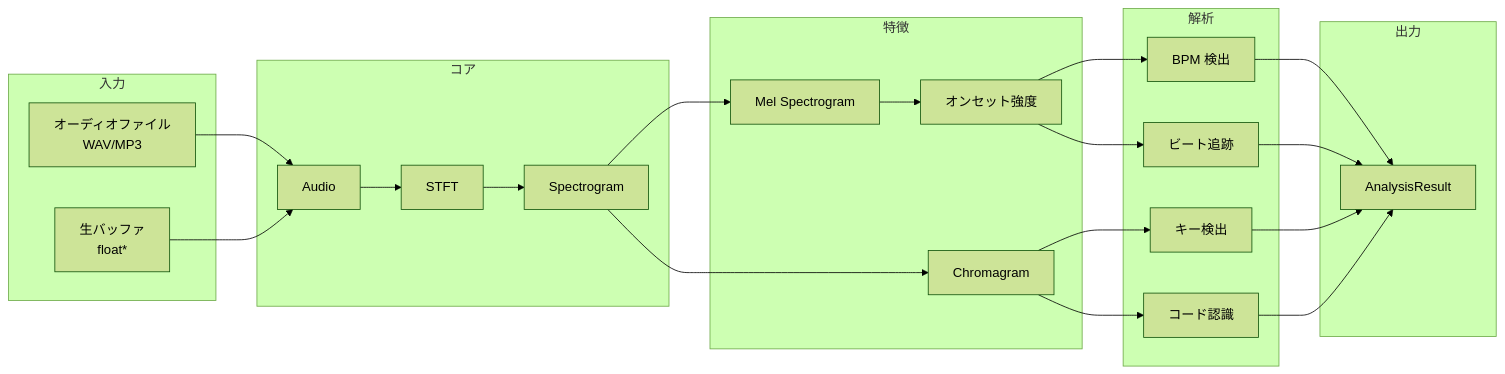
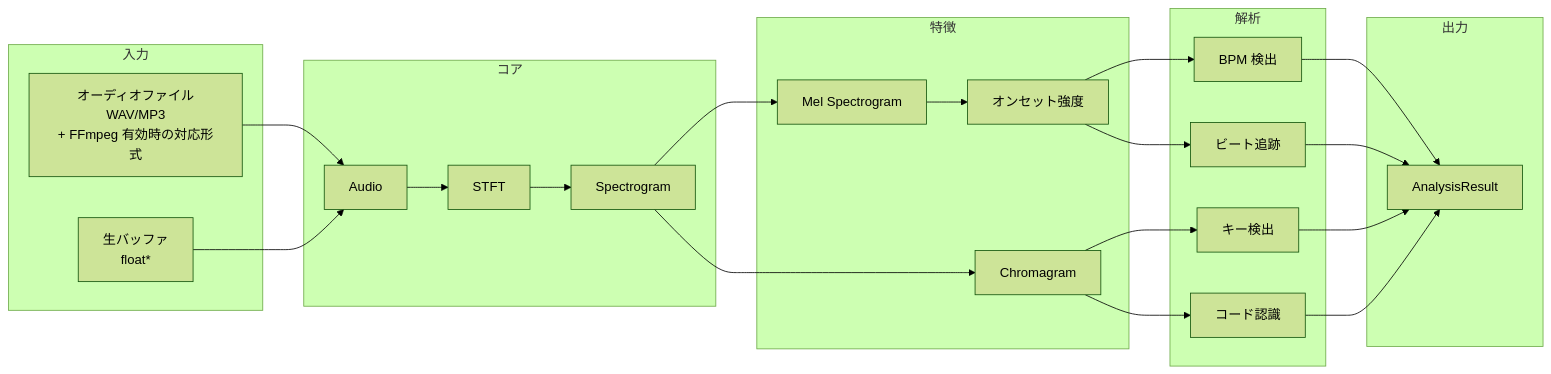
The second of 4 diagrams in src/ja/docs/architecture.md (libraz/libsonare-homepage), drawn with Mermaid (forest theme) before and after one commit. The commit also changed other lines of this file and 34 other files, not shown here.

````diff
--- a/src/ja/docs/architecture.md
+++ b/src/ja/docs/architecture.md
@@ -161,46 +184,46 @@
 ```mermaid
 flowchart LR
     subgraph 入力
-        FILE[オーディオファイル<br/>WAV/MP3]
+        FILE[オーディオファイル<br/>WAV/MP3<br/>+ FFmpeg 有効時の対応形式]
         BUFFER[生バッファ<br/>float*]
     end
 
     subgraph コア
         AUDIO[Audio]
         STFT[STFT]
         SPEC[Spectrogram]
     end
 
     subgraph 特徴
         MEL[Mel Spectrogram]
         CHROMA[Chromagram]
         ONSET[オンセット強度]
     end
 
     subgraph 解析
         BPM[BPM 検出]
         KEY[キー検出]
         BEAT[ビート追跡]
         CHORD[コード認識]
     end
 
     subgraph 出力
         RESULT[AnalysisResult]
     end
 
     FILE --> AUDIO
     BUFFER --> AUDIO
     AUDIO --> STFT
     STFT --> SPEC
     SPEC --> MEL
     SPEC --> CHROMA
     MEL --> ONSET
     ONSET --> BPM
     ONSET --> BEAT
     CHROMA --> KEY
     CHROMA --> CHORD
     BPM --> RESULT
     KEY --> RESULT
     BEAT --> RESULT
     CHORD --> RESULT
 ```
````
